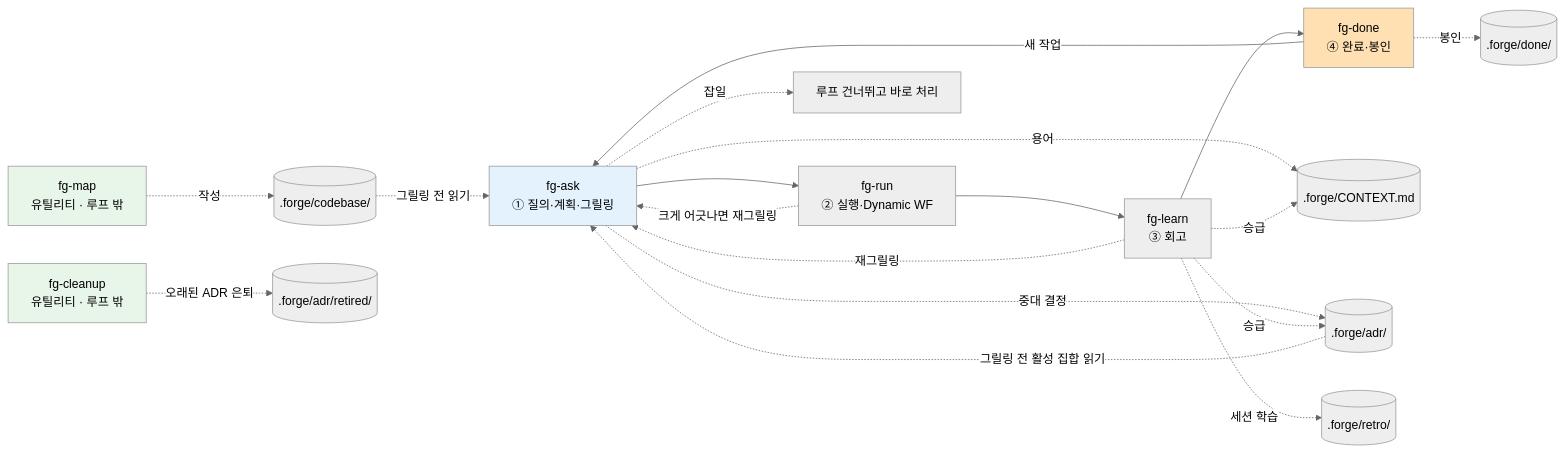
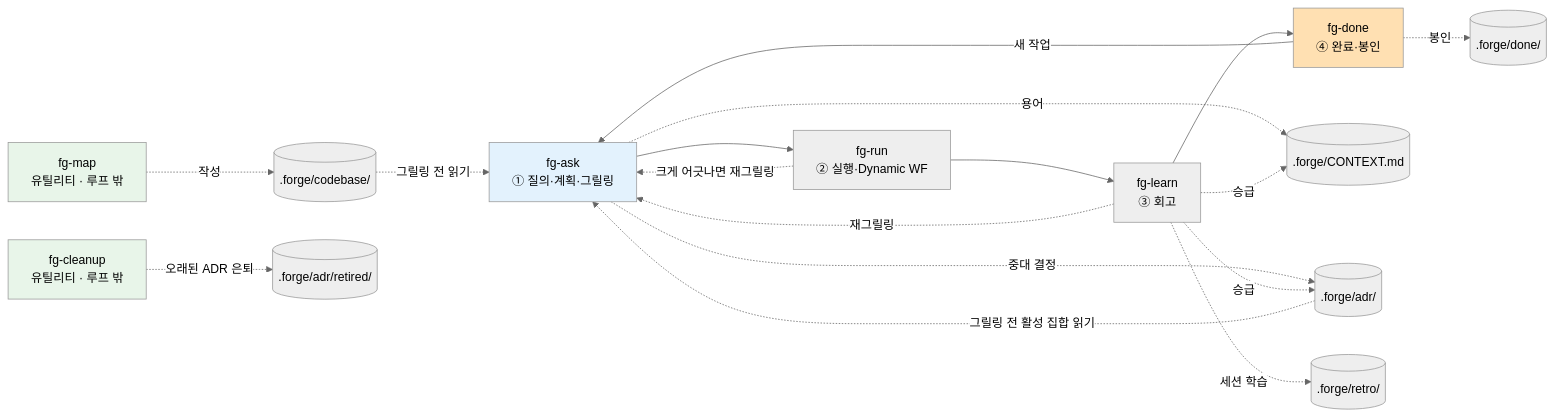
The diagram in README.ko.md (gyuha/forge), drawn with Mermaid (neutral theme) before and after one commit. The commit also changed other lines of this file and 8 other files, not shown here.

````diff
--- a/README.ko.md
+++ b/README.ko.md
@@ -38,24 +38,23 @@
 ```mermaid
 flowchart LR
     A[fg-ask<br/>① 질의·계획·그릴링] --> E[fg-run<br/>② 실행·Dynamic WF]
     E --> L[fg-learn<br/>③ 회고]
     L --> C[fg-done<br/>④ 완료·봉인]
     E -.크게 어긋나면 재그릴링.-> A
     L -.재그릴링.-> A
     C -->|새 작업| A
-    A -.잡일.-> X[루프 건너뛰고 바로 처리]
     A -.용어.-> CTX[(.forge/CONTEXT.md)]
     A -.중대 결정.-> ADR[(.forge/adr/)]
     L -.승급.-> CTX
     L -.승급.-> ADR
     L -.세션 학습.-> RETRO[(.forge/retro/)]
     C -.봉인.-> DONE[(.forge/done/)]
     MAP[fg-map<br/>유틸리티 · 루프 밖] -.작성.-> CB[(.forge/codebase/)]
     CB -.그릴링 전 읽기.-> A
     CLEAN[fg-cleanup<br/>유틸리티 · 루프 밖] -.오래된 ADR 은퇴.-> ADRRET[(.forge/adr/retired/)]
     ADR -.그릴링 전 활성 집합 읽기.-> A
     style A fill:#e3f2fd
     style C fill:#ffe0b2
     style MAP fill:#e8f5e9
     style CLEAN fill:#e8f5e9
 ```
````
